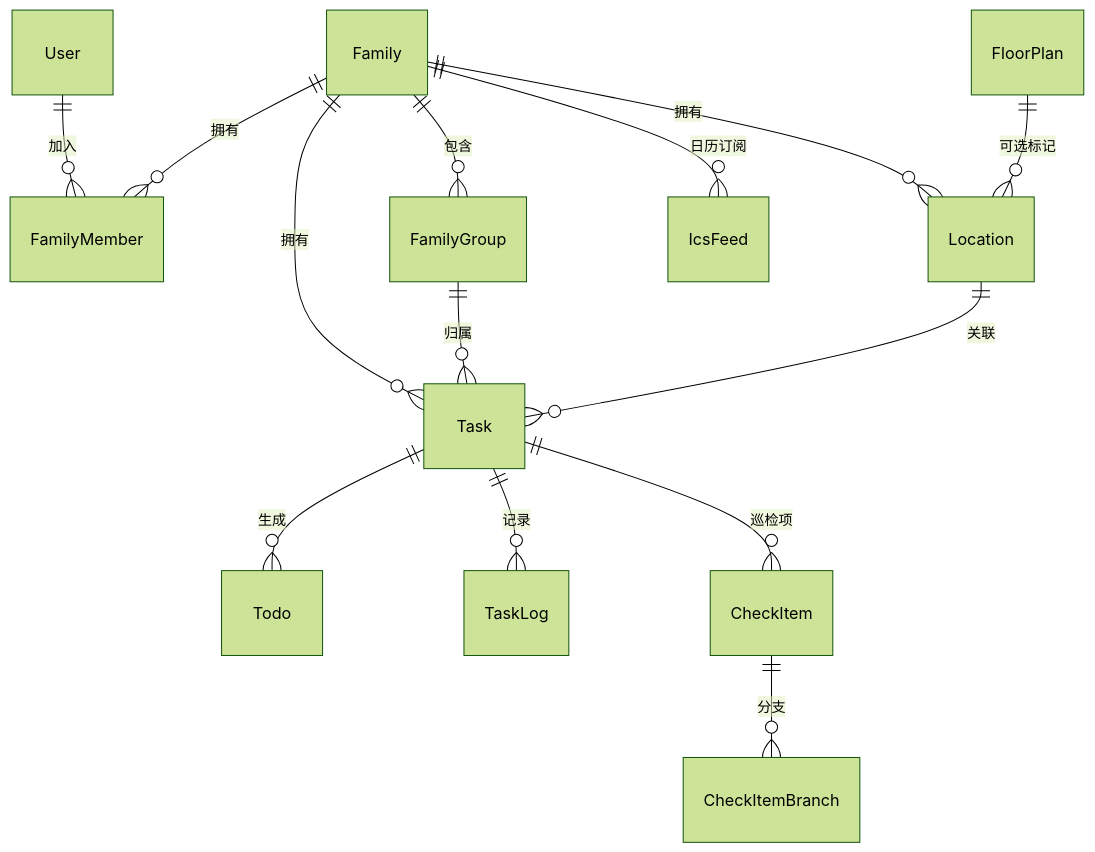
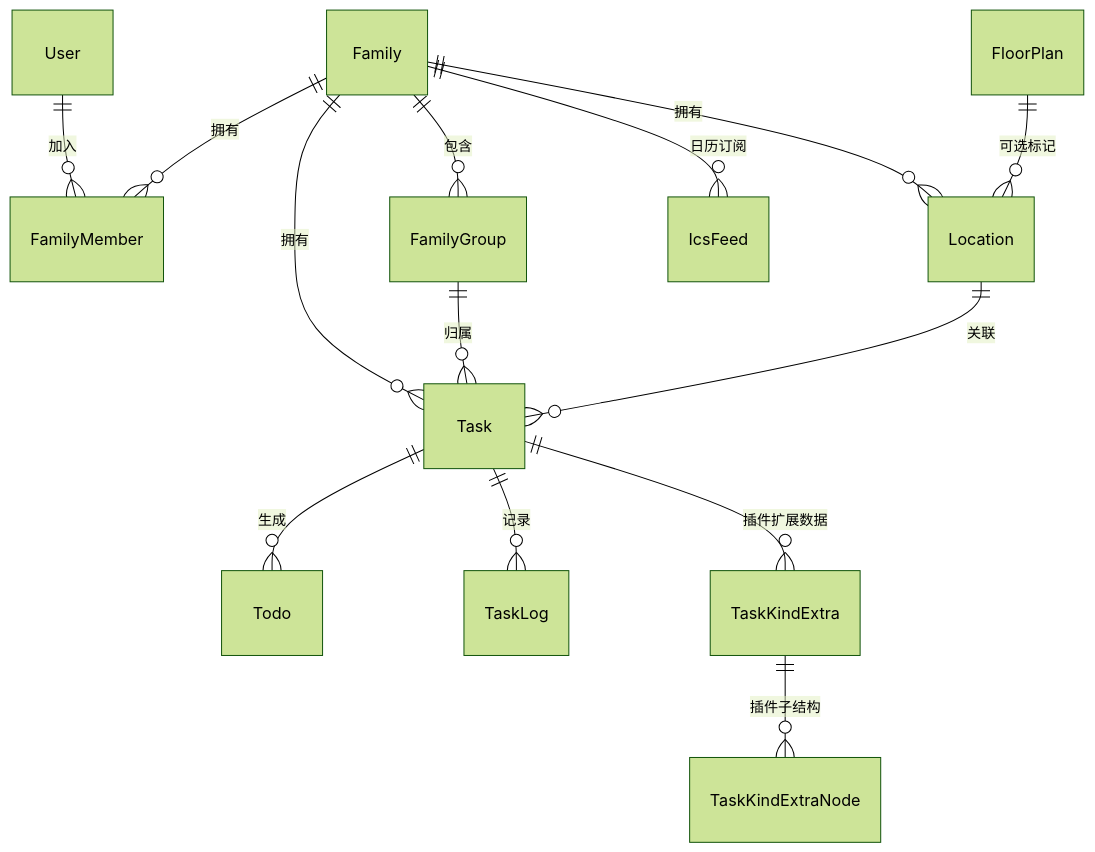
Before and after one commit to dezhishen/now-and-again: the diagram in README.md, drawn with Mermaid (forest theme). The commit also changed other lines of this file and 4 other files, not shown here.

Commit message:
docs: abstract taskkind schema and document plugin isolation rules

````diff
--- a/README.md
+++ b/README.md
@@ -42,16 +42,16 @@
 ```mermaid
 erDiagram
     User ||--o{ FamilyMember : "加入"
     Family ||--o{ FamilyMember : "拥有"
     Family ||--o{ FamilyGroup : "包含"
     Family ||--o{ Task : "拥有"
     Family ||--o{ Location : "拥有"
     FamilyGroup ||--o{ Task : "归属"
     Task ||--o{ Todo : "生成"
     Task ||--o{ TaskLog : "记录"
     Location ||--o{ Task : "关联"
     FloorPlan ||--o{ Location : "可选标记"
     Family ||--o{ IcsFeed : "日历订阅"
-    Task ||--o{ CheckItem : "巡检项"
-    CheckItem ||--o{ CheckItemBranch : "分支"
+    Task ||--o{ TaskKindExtra : "插件扩展数据"
+    TaskKindExtra ||--o{ TaskKindExtraNode : "插件子结构"
 ```
````
